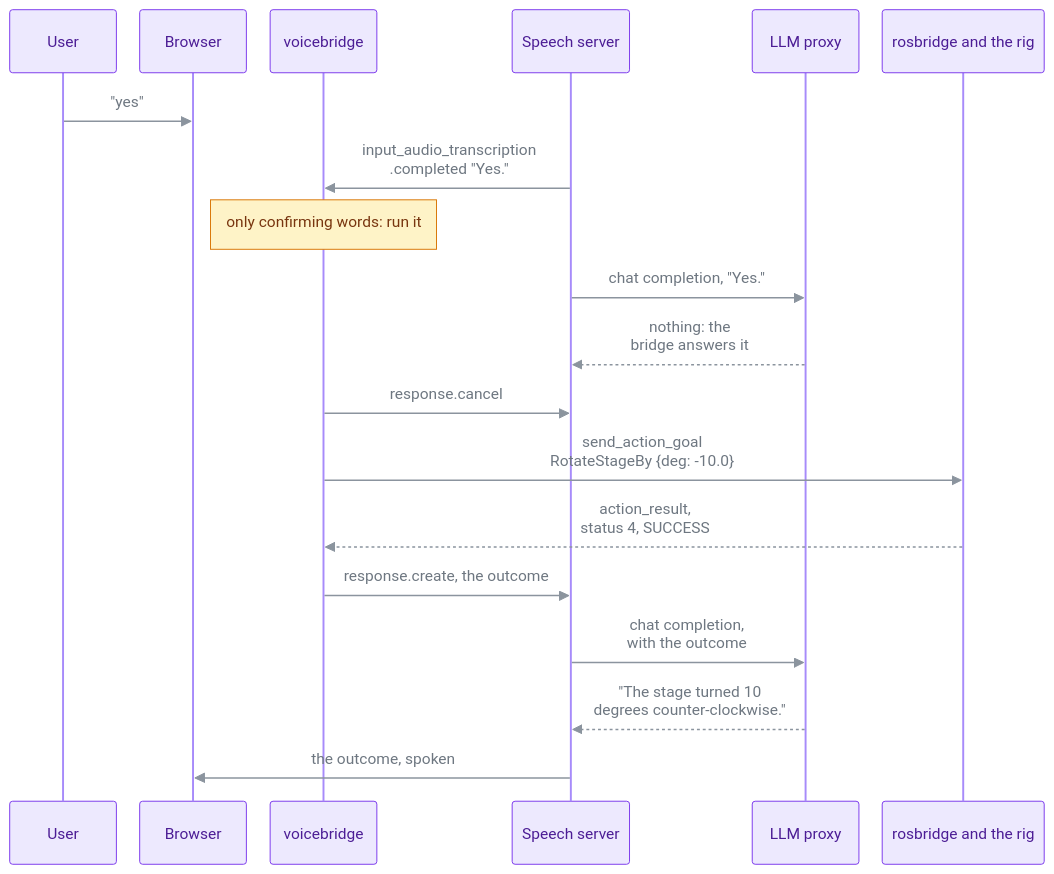
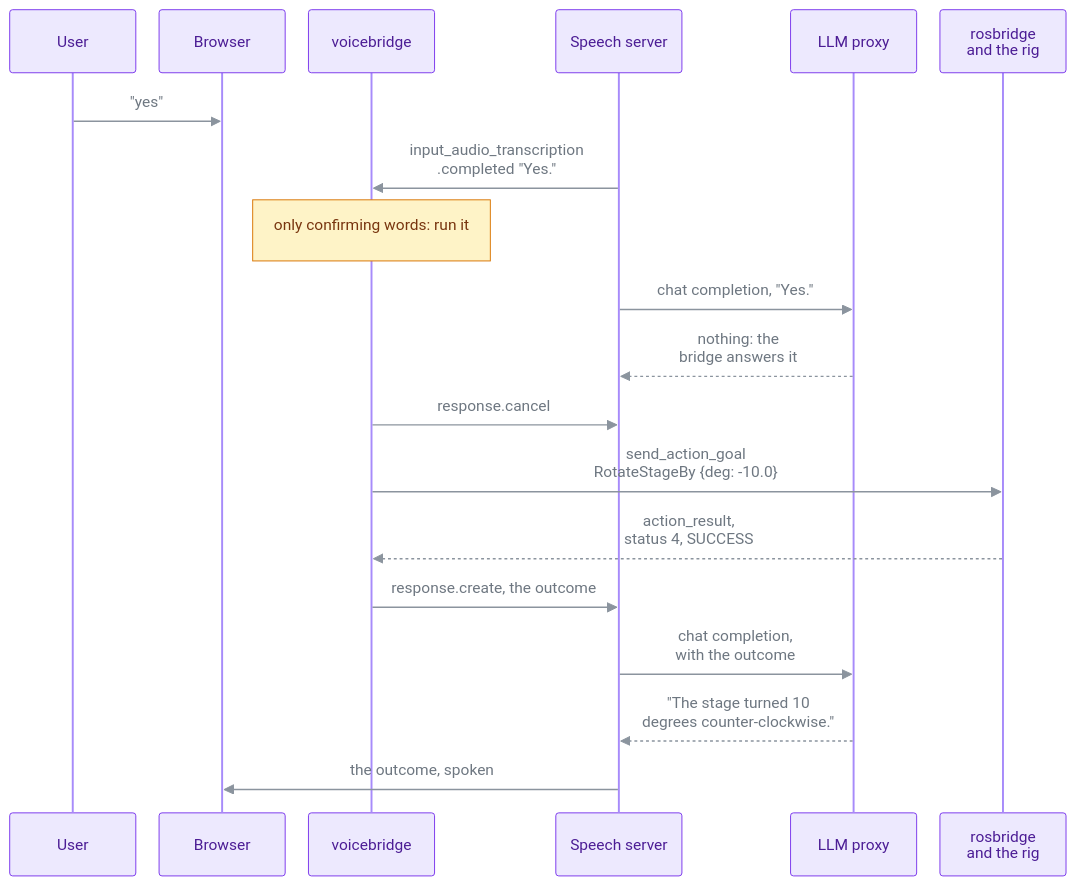
The fourth of 10 diagrams in docs/ARCHITECTURE.md (kineticsystem/stepit-speech), drawn with Mermaid before and after one commit. The commit also changed other lines of this file and 1 other file, not shown here.

First line of the commit message:
Shorter diagrams in the README and the architecture document

````diff
--- a/docs/ARCHITECTURE.md
+++ b/docs/ARCHITECTURE.md
@@ -293,68 +296,68 @@
 ```mermaid
 ---
 config:
   theme: base
   sequence:
     actorMargin: 24
-    width: 110
+    width: 130
     diagramMarginX: 10
     boxMargin: 12
     boxTextMargin: 8
     messageMargin: 40
-    noteMargin: 16
+    noteMargin: 22
     labelBoxWidth: 56
     labelBoxHeight: 28
     messageFontSize: 16
     actorFontSize: 16
     noteFontSize: 15
     wrap: false
   themeVariables:
     textColor: "#8b5cf6"
     actorBkg: "#ede9fe"
     actorBorder: "#7c3aed"
     actorTextColor: "#4c1d95"
     actorLineColor: "#a78bfa"
     signalColor: "#8b949e"
     signalTextColor: "#6e7781"
     labelBoxBkgColor: "#ccfbf1"
     labelBoxBorderColor: "#0d9488"
     labelTextColor: "#134e4a"
     loopTextColor: "#0d9488"
     noteBkgColor: "#fef3c7"
     noteBorderColor: "#d97706"
     noteTextColor: "#78350f"
     activationBkgColor: "#c4b5fd"
     activationBorderColor: "#7c3aed"
     mainBkg: "#ede9fe"
     nodeBorder: "#7c3aed"
     secondaryColor: "#ede9fe"
     secondaryBorderColor: "#7c3aed"
     secondaryTextColor: "#4c1d95"
     tertiaryColor: "#ede9fe"
     tertiaryBorderColor: "#7c3aed"
     tertiaryTextColor: "#4c1d95"
   themeCSS: >
     .actor { filter: drop-shadow(0 3px 6px rgba(15, 23, 42, 0.18)); }
     rect.actor { rx: 12px; ry: 12px; }
 ---
 sequenceDiagram
     participant User
     participant Browser
     participant Bridge as voicebridge
     participant Speech as Speech server
     participant Proxy as LLM proxy
-    participant Rosbridge as rosbridge and the rig
+    participant Rosbridge as rosbridge<br/>and the rig
 
     User ->> Browser: "yes"
     Speech ->> Bridge: input_audio_transcription<br/>.completed "Yes."
     Note over Bridge: only confirming words: run it
     Speech ->> Proxy: chat completion, "Yes."
     Proxy -->> Speech: nothing: the<br/>bridge answers it
     Bridge ->> Speech: response.cancel
     Bridge ->> Rosbridge: send_action_goal<br/>RotateStageBy {deg: -10.0}
     Rosbridge -->> Bridge: action_result,<br/>status 4, SUCCESS
     Bridge ->> Speech: response.create, the outcome
     Speech ->> Proxy: chat completion,<br/>with the outcome
     Proxy -->> Speech: "The stage turned 10<br/>degrees counter-clockwise."
     Speech ->> Browser: the outcome, spoken
 ```
````
